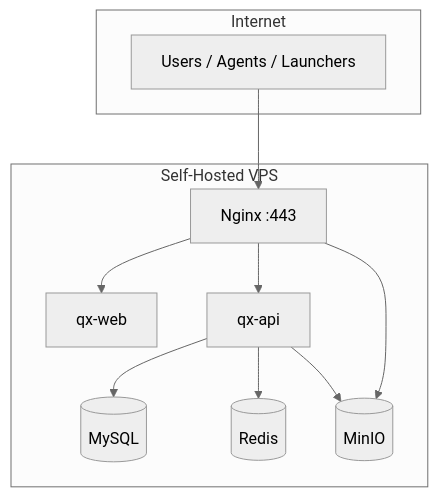
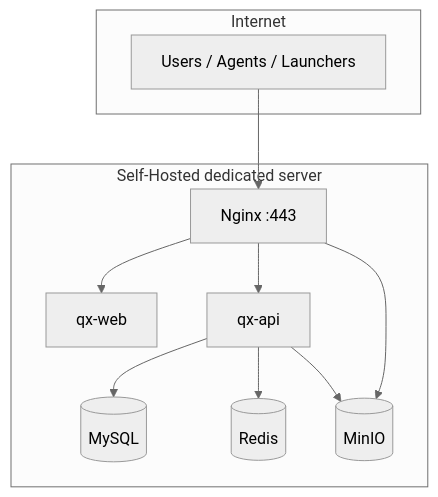
Diagram 13 of 16 in docs/architecture.md (mindevis/qx-project), drawn with Mermaid (neutral theme) before and after one commit. The commit also changed other lines of this file and 182 other files, not shown here.

````diff
--- a/docs/architecture.md
+++ b/docs/architecture.md
@@ -1180,23 +1180,23 @@
 ```mermaid
 flowchart TB
     subgraph internet [Internet]
         Users[Users / Agents / Launchers]
     end
 
-    subgraph vps [Self-Hosted VPS]
+    subgraph dedicated server [Self-Hosted dedicated server]
         Nginx[Nginx :443]
         API[qx-api]
         Web[qx-web]
         MySQL[(MySQL)]
         Redis[(Redis)]
         MinIO[(MinIO)]
         Nginx --> Web
         Nginx --> API
         Nginx --> MinIO
         API --> MySQL
         API --> Redis
         API --> MinIO
     end
 
     Users --> Nginx
 ```
````
